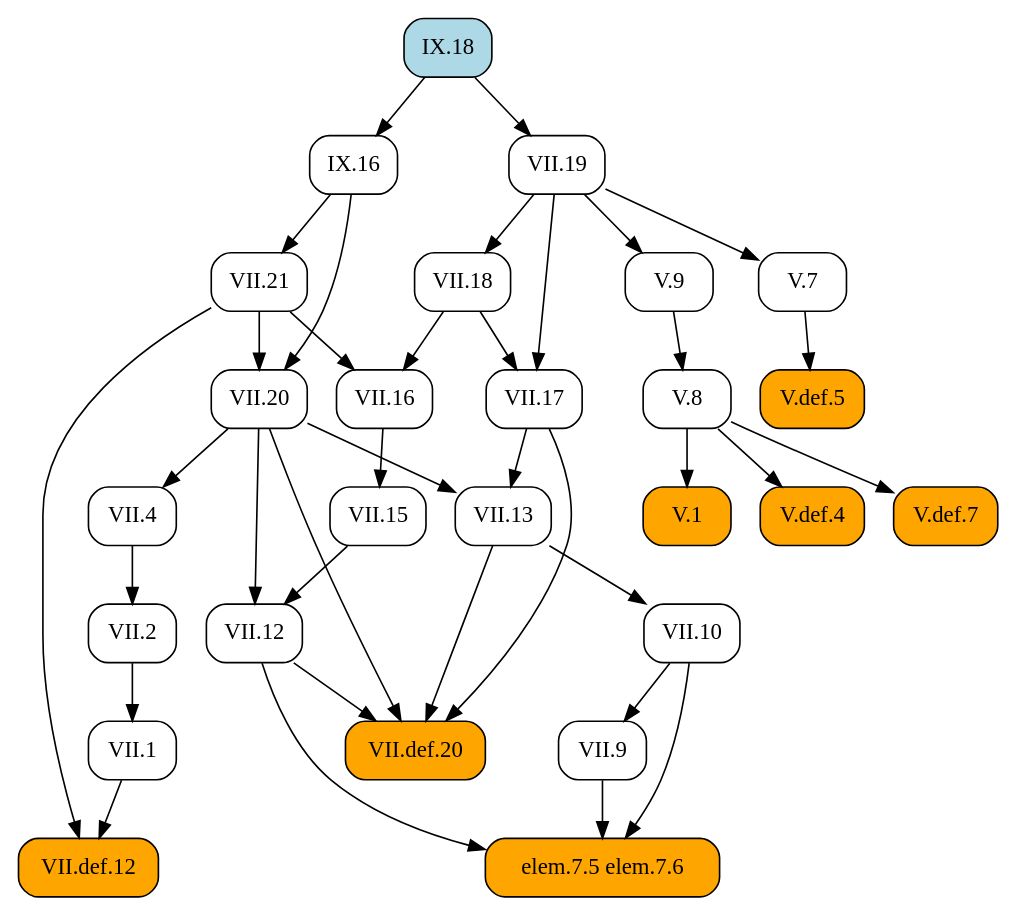
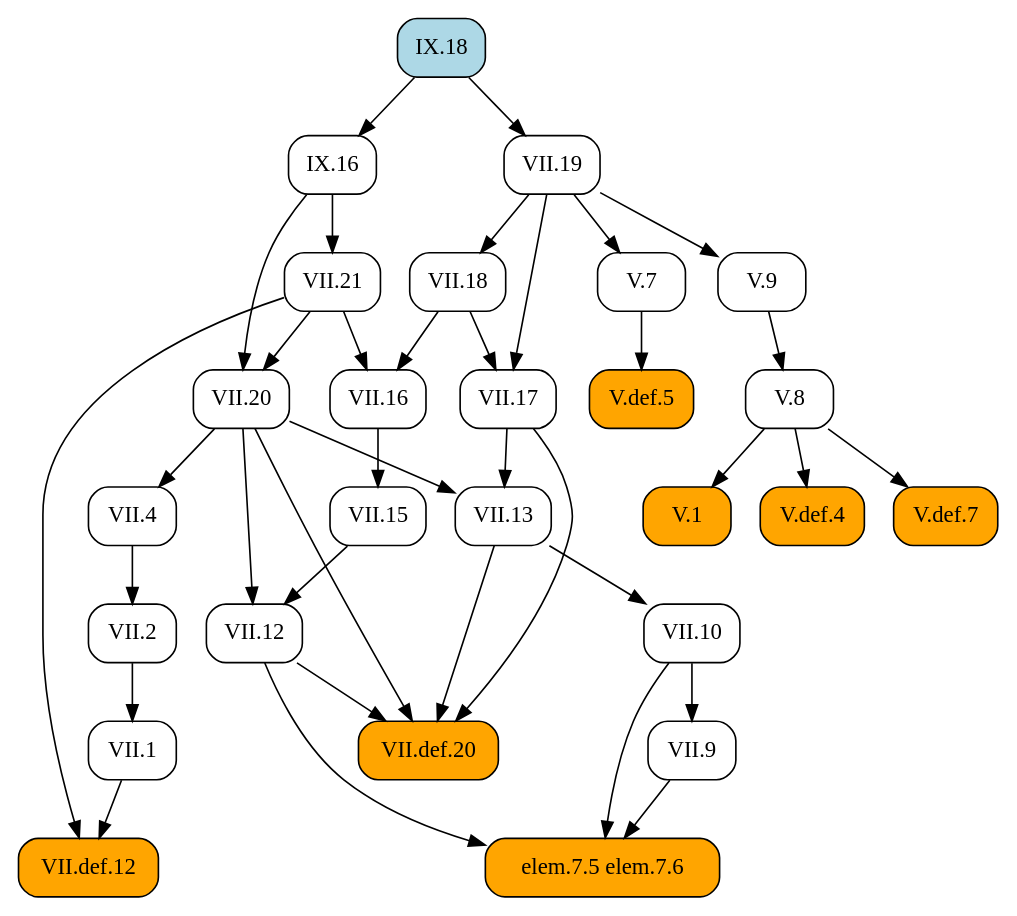
One commit to geometor/elements changed the diagram in docsrc/heath/IX/18/index.rst. Above: the diagram before and after it, drawn with Graphviz. The commit also changed other lines of this file and 1029 other files, not shown here.

```diff
--- a/docsrc/heath/IX/18/index.rst
+++ b/docsrc/heath/IX/18/index.rst
@@ -52,68 +52,68 @@
 .. graphviz::
 
    digraph {
      rankdir="TB";
      node [shape=box, style=rounded];
-     "V.1" [style="rounded,filled", fillcolor=orange, URL="/heath/V/1/", target="_top"];
-     "VII.20" [URL="/heath/VII/20/", target="_top"];
-     "VII.12" [URL="/heath/VII/12/", target="_top"];
-     "IX.16" [URL="/heath/IX/16/", target="_top"];
-     "IX.18" [style="rounded,filled", fillcolor=lightblue, URL="/heath/IX/18/", target="_top"];
-     "VII.9" [URL="/heath/VII/9/", target="_top"];
-     "VII.16" [URL="/heath/VII/16/", target="_top"];
-     "VII.13" [URL="/heath/VII/13/", target="_top"];
-     "V.def.4" [style="rounded,filled", fillcolor=orange, URL="/heath/V/def.4/", target="_top"];
-     "VII.18" [URL="/heath/VII/18/", target="_top"];
+     "VII.def.12" [style="rounded,filled", fillcolor=orange, URL="/heath/VII/def.12/", target="_top"];
      "V.8" [URL="/heath/V/8/", target="_top"];
-     "VII.21" [URL="/heath/VII/21/", target="_top"];
-     "V.7" [URL="/heath/V/7/", target="_top"];
-     "VII.19" [URL="/heath/VII/19/", target="_top"];
-     "VII.def.12" [style="rounded,filled", fillcolor=orange, URL="/heath/VII/def.12/", target="_top"];
-     "VII.15" [URL="/heath/VII/15/", target="_top"];
-     "VII.4" [URL="/heath/VII/4/", target="_top"];
-     "V.9" [URL="/heath/V/9/", target="_top"];
-     "VII.2" [URL="/heath/VII/2/", target="_top"];
-     "VII.def.20" [style="rounded,filled", fillcolor=orange, URL="/heath/VII/def.20/", target="_top"];
-     "elem.7.5 elem.7.6" [style="rounded,filled", fillcolor=orange];
      "VII.1" [URL="/heath/VII/1/", target="_top"];
      "VII.10" [URL="/heath/VII/10/", target="_top"];
+     "VII.9" [URL="/heath/VII/9/", target="_top"];
+     "IX.16" [URL="/heath/IX/16/", target="_top"];
+     "V.def.5" [style="rounded,filled", fillcolor=orange, URL="/heath/V/def.5/", target="_top"];
+     "VII.19" [URL="/heath/VII/19/", target="_top"];
+     "VII.18" [URL="/heath/VII/18/", target="_top"];
+     "IX.18" [style="rounded,filled", fillcolor=lightblue, URL="/heath/IX/18/", target="_top"];
+     "VII.16" [URL="/heath/VII/16/", target="_top"];
+     "VII.4" [URL="/heath/VII/4/", target="_top"];
+     "VII.21" [URL="/heath/VII/21/", target="_top"];
+     "V.1" [style="rounded,filled", fillcolor=orange, URL="/heath/V/1/", target="_top"];
+     "VII.17" [URL="/heath/VII/17/", target="_top"];
+     "elem.7.5 elem.7.6" [style="rounded,filled", fillcolor=orange];
+     "VII.20" [URL="/heath/VII/20/", target="_top"];
+     "V.7" [URL="/heath/V/7/", target="_top"];
+     "V.9" [URL="/heath/V/9/", target="_top"];
+     "V.def.4" [style="rounded,filled", fillcolor=orange, URL="/heath/V/def.4/", target="_top"];
+     "VII.13" [URL="/heath/VII/13/", target="_top"];
+     "VII.2" [URL="/heath/VII/2/", target="_top"];
      "V.def.7" [style="rounded,filled", fillcolor=orange, URL="/heath/V/def.7/", target="_top"];
-     "V.def.5" [style="rounded,filled", fillcolor=orange, URL="/heath/V/def.5/", target="_top"];
-     "VII.17" [URL="/heath/VII/17/", target="_top"];
+     "VII.12" [URL="/heath/VII/12/", target="_top"];
+     "VII.15" [URL="/heath/VII/15/", target="_top"];
+     "VII.def.20" [style="rounded,filled", fillcolor=orange, URL="/heath/VII/def.20/", target="_top"];
+     "VII.1" -> "VII.def.12";
+     "VII.21" -> "VII.def.12";
+     "V.9" -> "V.8";
+     "VII.2" -> "VII.1";
+     "VII.13" -> "VII.10";
+     "VII.10" -> "VII.9";
+     "IX.18" -> "IX.16";
+     "V.7" -> "V.def.5";
+     "IX.18" -> "VII.19";
+     "VII.19" -> "VII.18";
+     "VII.18" -> "VII.16";
+     "VII.21" -> "VII.16";
+     "VII.20" -> "VII.4";
+     "IX.16" -> "VII.21";
      "V.8" -> "V.1";
+     "VII.18" -> "VII.17";
+     "VII.19" -> "VII.17";
+     "VII.9" -> "elem.7.5 elem.7.6";
+     "VII.10" -> "elem.7.5 elem.7.6";
+     "VII.12" -> "elem.7.5 elem.7.6";
      "VII.21" -> "VII.20";
      "IX.16" -> "VII.20";
+     "VII.19" -> "V.7";
+     "VII.19" -> "V.9";
+     "V.8" -> "V.def.4";
+     "VII.17" -> "VII.13";
+     "VII.20" -> "VII.13";
+     "VII.4" -> "VII.2";
+     "V.8" -> "V.def.7";
      "VII.15" -> "VII.12";
      "VII.20" -> "VII.12";
-     "IX.18" -> "IX.16";
-     "VII.10" -> "VII.9";
-     "VII.18" -> "VII.16";
-     "VII.21" -> "VII.16";
-     "VII.17" -> "VII.13";
-     "VII.20" -> "VII.13";
-     "V.8" -> "V.def.4";
-     "VII.19" -> "VII.18";
-     "V.9" -> "V.8";
-     "IX.16" -> "VII.21";
-     "VII.19" -> "V.7";
-     "IX.18" -> "VII.19";
-     "VII.1" -> "VII.def.12";
-     "VII.21" -> "VII.def.12";
      "VII.16" -> "VII.15";
-     "VII.20" -> "VII.4";
-     "VII.19" -> "V.9";
-     "VII.4" -> "VII.2";
      "VII.12" -> "VII.def.20";
      "VII.13" -> "VII.def.20";
      "VII.17" -> "VII.def.20";
      "VII.20" -> "VII.def.20";
-     "VII.9" -> "elem.7.5 elem.7.6";
-     "VII.10" -> "elem.7.5 elem.7.6";
-     "VII.12" -> "elem.7.5 elem.7.6";
-     "VII.2" -> "VII.1";
-     "VII.13" -> "VII.10";
-     "V.8" -> "V.def.7";
-     "V.7" -> "V.def.5";
-     "VII.18" -> "VII.17";
-     "VII.19" -> "VII.17";
    }
```
